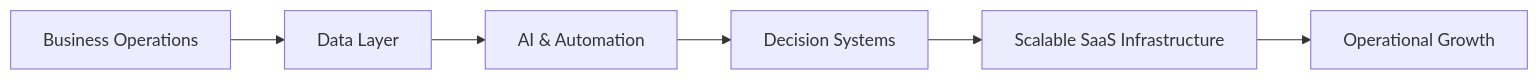
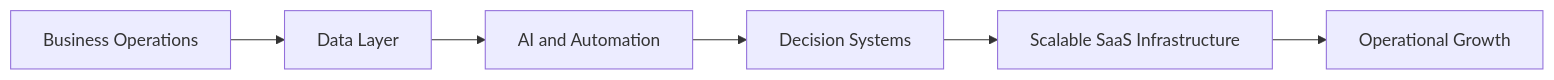
The diagram in README.md (Sefa9/Sefa9), drawn with Mermaid before and after one commit. The commit also changed other lines of this file, not shown here.

````diff
--- a/README.md
+++ b/README.md
@@ -73,8 +73,8 @@
 ```mermaid
 flowchart LR
     A[Business Operations] --> B[Data Layer]
-    B --> C[AI & Automation]
+    B --> C[AI and Automation]
     C --> D[Decision Systems]
     D --> E[Scalable SaaS Infrastructure]
     E --> F[Operational Growth]
 ```
````
